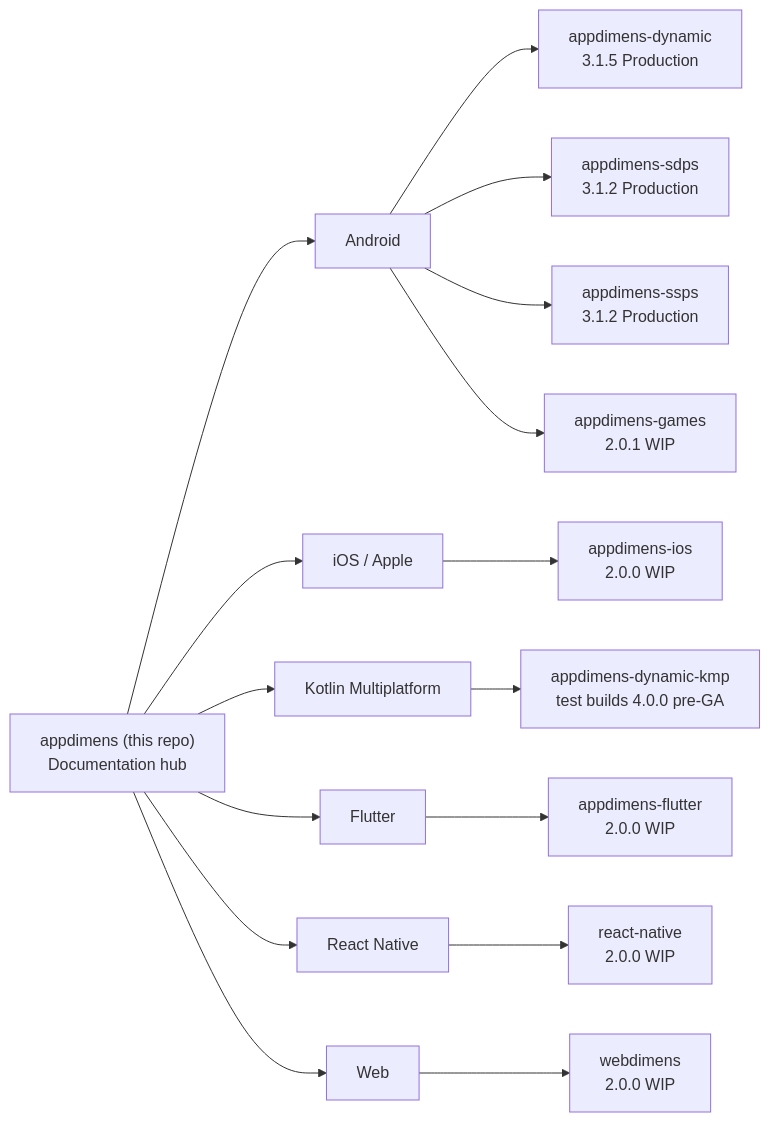
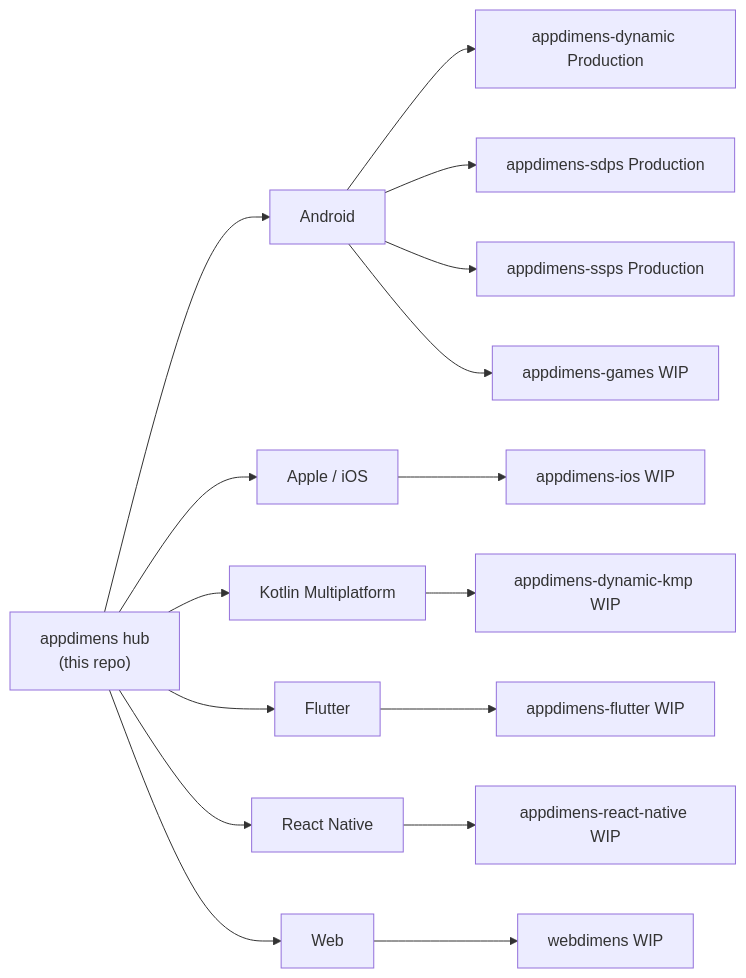
The second of 2 diagrams in README.md (bodenberg/appdimens), drawn with Mermaid before and after one commit. The commit also changed other lines of this file and 22 other files, not shown here.

````diff
--- a/README.md
+++ b/README.md
@@ -179,18 +334,19 @@
 ```mermaid
 flowchart LR
-  Hub["appdimens (this repo)<br/>Documentation hub"] --> Android
-  Hub --> Apple["iOS / Apple"]
+  Hub["appdimens hub<br/>(this repo)"]
+  Hub --> AndroidGroup["Android"]
+  Hub --> Apple["Apple / iOS"]
   Hub --> KMP["Kotlin Multiplatform"]
   Hub --> Flutter
   Hub --> RN["React Native"]
   Hub --> Web
-  Android --> dyn["appdimens-dynamic<br/>3.1.5 Production"]
-  Android --> sdps["appdimens-sdps<br/>3.1.2 Production"]
-  Android --> ssps["appdimens-ssps<br/>3.1.2 Production"]
-  Android --> games["appdimens-games<br/>2.0.1 WIP"]
-  Apple --> ios["appdimens-ios<br/>2.0.0 WIP"]
-  KMP --> kmp["appdimens-dynamic-kmp<br/>test builds 4.0.0 pre-GA"]
-  Flutter --> flu["appdimens-flutter<br/>2.0.0 WIP"]
-  RN --> rn["react-native<br/>2.0.0 WIP"]
-  Web --> webdimens["webdimens<br/>2.0.0 WIP"]
+  AndroidGroup --> dyn["appdimens-dynamic Production"]
+  AndroidGroup --> sdps["appdimens-sdps Production"]
+  AndroidGroup --> ssps["appdimens-ssps Production"]
+  AndroidGroup --> games["appdimens-games WIP"]
+  Apple --> ios["appdimens-ios WIP"]
+  KMP --> kmpArtifact["appdimens-dynamic-kmp WIP"]
+  Flutter --> flu["appdimens-flutter WIP"]
+  RN --> rn["appdimens-react-native WIP"]
+  Web --> webdimens["webdimens WIP"]
 ```
````
